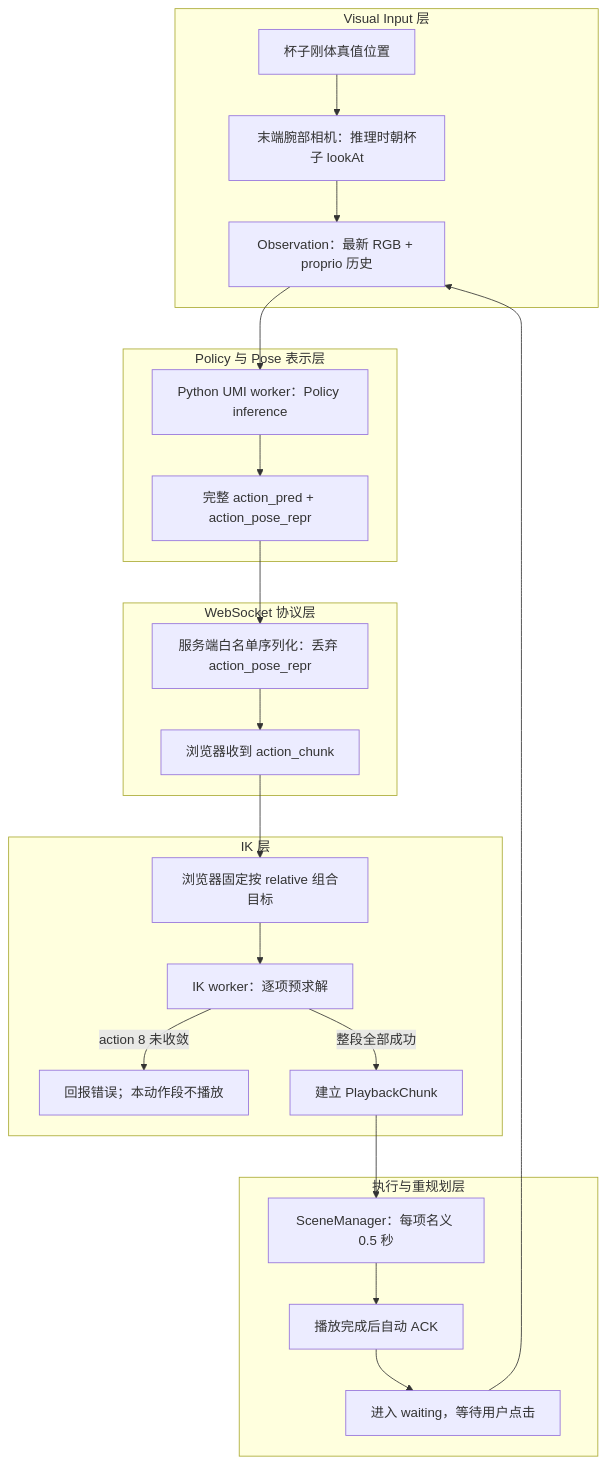
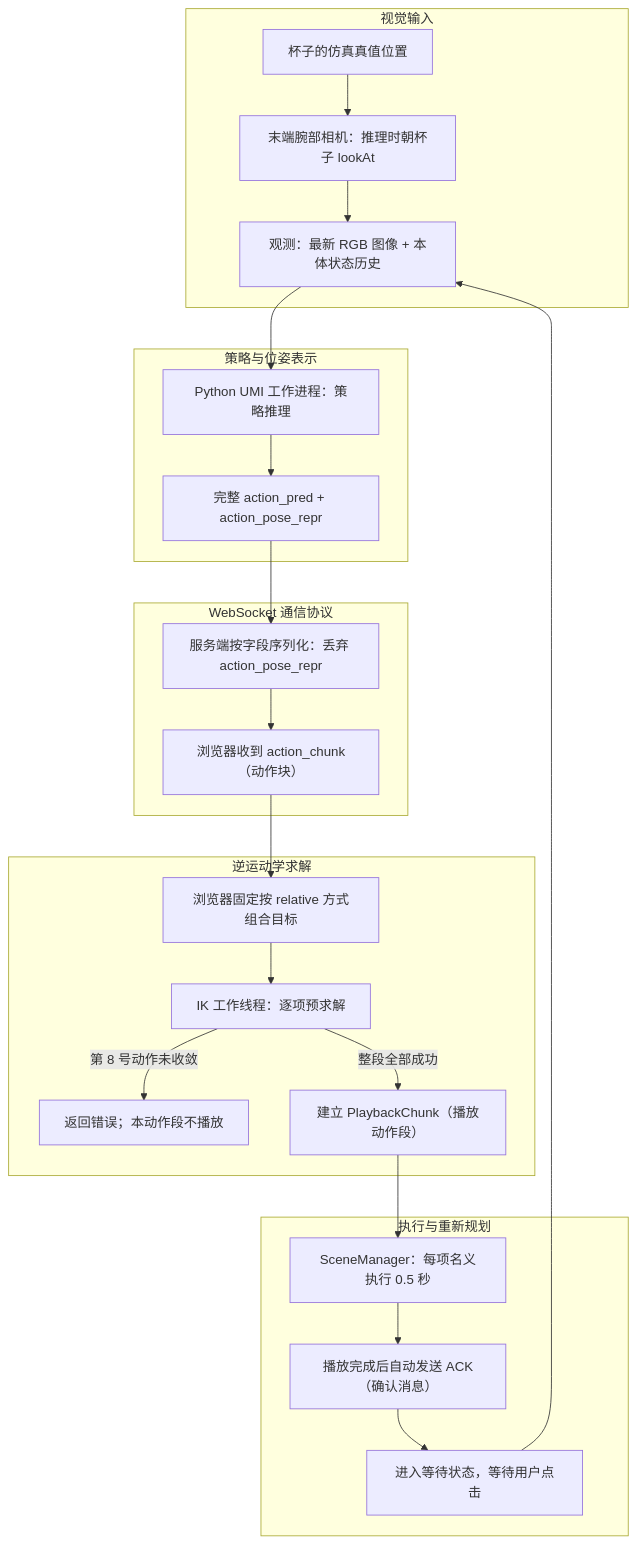
One commit to meizhaole/umi changed the diagram in robot-sim/umi_system_debug_merged.md. Above: the diagram before and after it, drawn with Mermaid. The commit also changed other lines of this file, not shown here.

````diff
--- a/robot-sim/umi_system_debug_merged.md
+++ b/robot-sim/umi_system_debug_merged.md
@@ -19,27 +21,27 @@
 ```mermaid
 flowchart TD
-    subgraph visual["Visual Input 层"]
-        CUP["杯子刚体真值位置"] --> CAM["末端腕部相机：推理时朝杯子 lookAt"]
-        CAM --> OBS["Observation：最新 RGB + proprio 历史"]
+    subgraph visual["视觉输入"]
+        CUP["杯子的仿真真值位置"] --> CAM["末端腕部相机：推理时朝杯子 lookAt"]
+        CAM --> OBS["观测：最新 RGB 图像 + 本体状态历史"]
     end
-    subgraph policy["Policy 与 Pose 表示层"]
-        OBS --> PY["Python UMI worker：Policy inference"]
+    subgraph policy["策略与位姿表示"]
+        OBS --> PY["Python UMI 工作进程：策略推理"]
         PY --> ACT["完整 action_pred + action_pose_repr"]
     end
-    subgraph protocol["WebSocket 协议层"]
-        ACT --> SER["服务端白名单序列化：丢弃 action_pose_repr"]
-        SER --> CHUNK["浏览器收到 action_chunk"]
+    subgraph protocol["WebSocket 通信协议"]
+        ACT --> SER["服务端按字段序列化：丢弃 action_pose_repr"]
+        SER --> CHUNK["浏览器收到 action_chunk（动作块）"]
     end
-    subgraph ik["IK 层"]
-        CHUNK --> DEC["浏览器固定按 relative 组合目标"]
-        DEC --> SOLVE["IK worker：逐项预求解"]
-        SOLVE -->|action 8 未收敛| ERR["回报错误；本动作段不播放"]
-        SOLVE -->|整段全部成功| PLAY["建立 PlaybackChunk"]
+    subgraph ik["逆运动学求解"]
+        CHUNK --> DEC["浏览器固定按 relative 方式组合目标"]
+        DEC --> SOLVE["IK 工作线程：逐项预求解"]
+        SOLVE -->|第 8 号动作未收敛| ERR["返回错误；本动作段不播放"]
+        SOLVE -->|整段全部成功| PLAY["建立 PlaybackChunk（播放动作段）"]
     end
-    subgraph control["执行与重规划层"]
-        PLAY --> RUN["SceneManager：每项名义 0.5 秒"]
-        RUN --> ACK["播放完成后自动 ACK"]
-        ACK --> WAIT["进入 waiting，等待用户点击"]
+    subgraph control["执行与重新规划"]
+        PLAY --> RUN["SceneManager：每项名义执行 0.5 秒"]
+        RUN --> ACK["播放完成后自动发送 ACK（确认消息）"]
+        ACK --> WAIT["进入等待状态，等待用户点击"]
         WAIT --> OBS
     end
 ```
````
